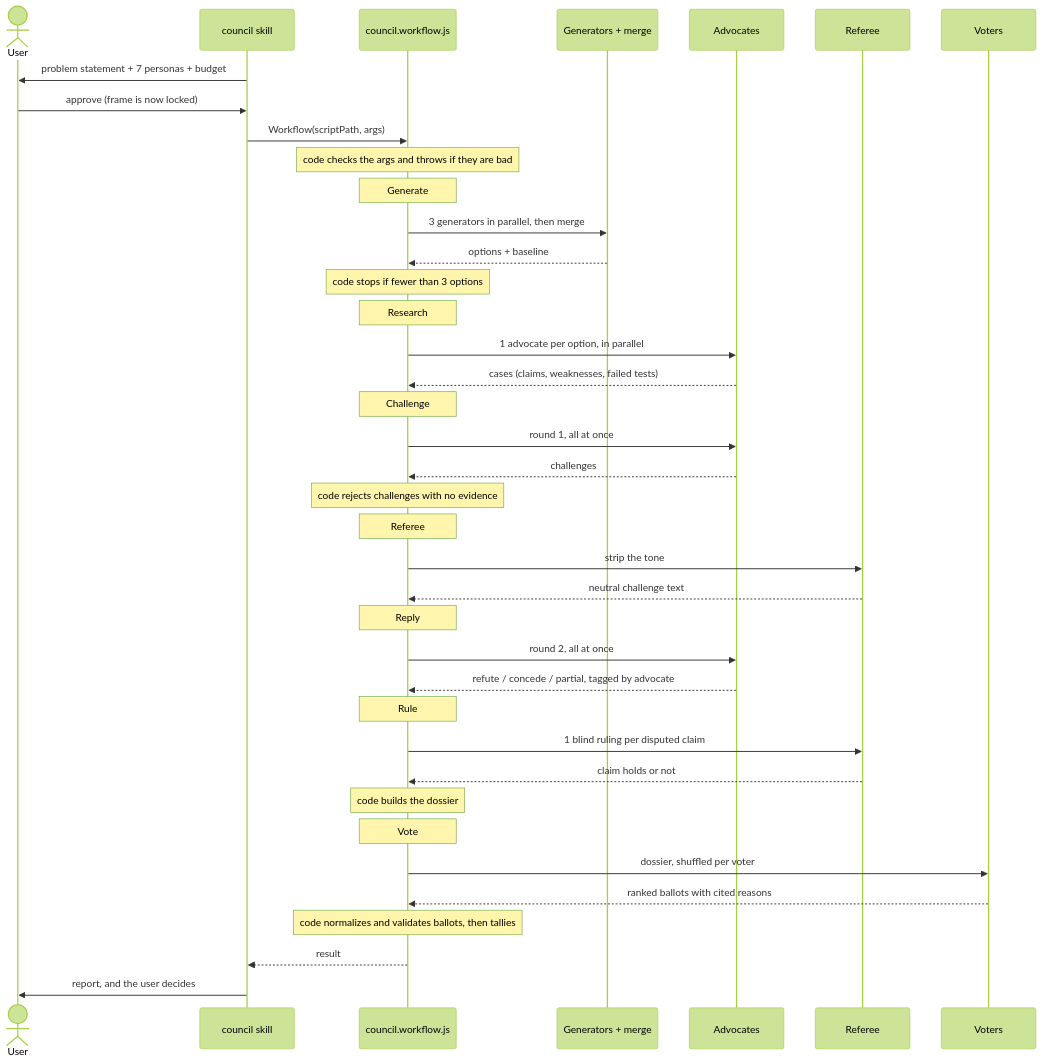
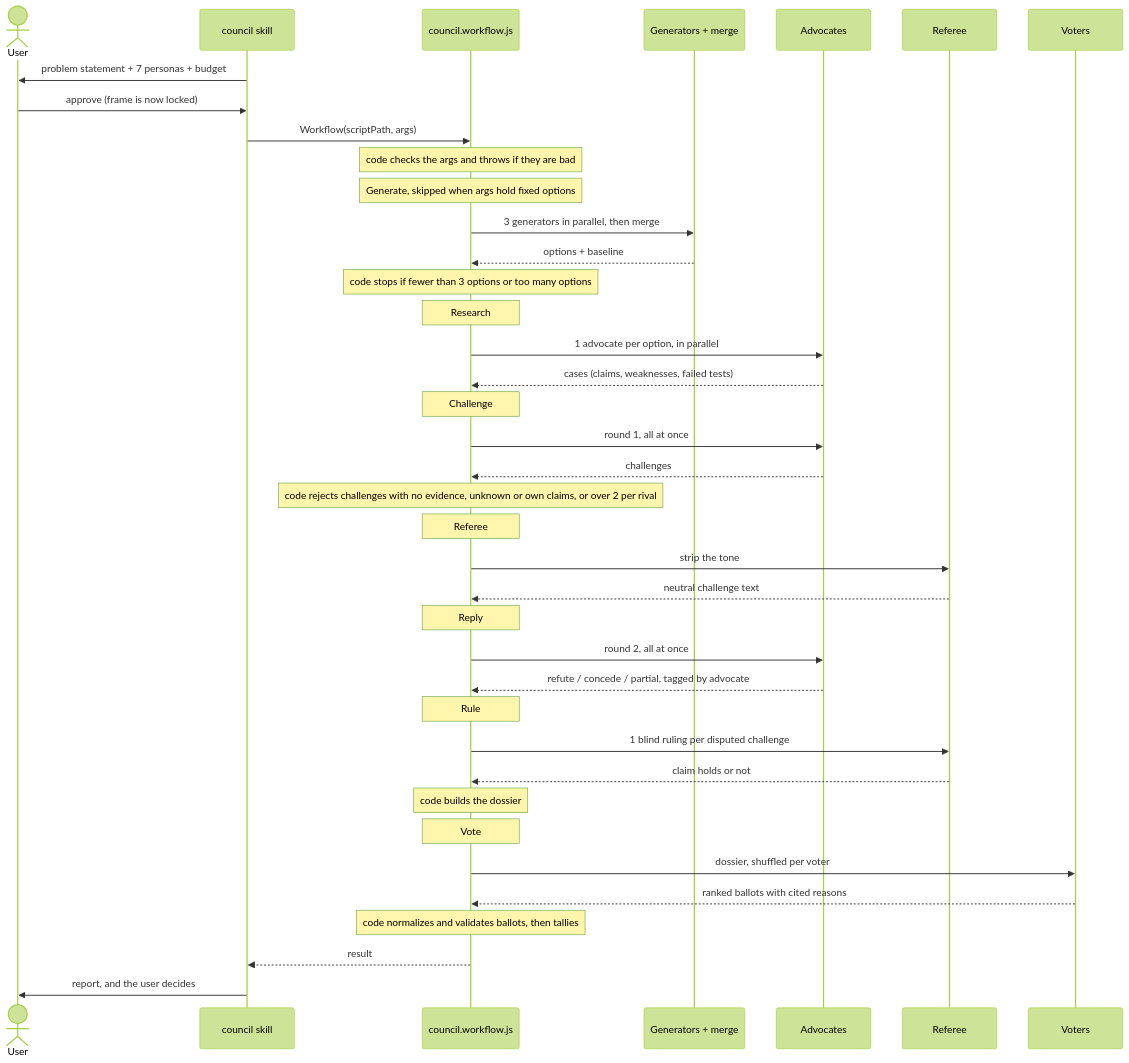
Before and after one commit to mattbran87/council-mode: the second of 3 diagrams in docs/architecture.md, drawn with Mermaid (forest theme). The commit also changed other lines of this file, not shown here.

Commit message:
docs: tighten architecture doc against the code

````diff
--- a/docs/architecture.md
+++ b/docs/architecture.md
@@ -42,41 +42,41 @@
 ```mermaid
 sequenceDiagram
   actor U as User
   participant S as council skill
   participant W as council.workflow.js
   participant G as Generators + merge
   participant A as Advocates
   participant R as Referee
   participant V as Voters
   S->>U: problem statement + 7 personas + budget
   U->>S: approve (frame is now locked)
   S->>W: Workflow(scriptPath, args)
   Note over W: code checks the args and throws if they are bad
-  Note over W: Generate
+  Note over W: Generate, skipped when args hold fixed options
   W->>G: 3 generators in parallel, then merge
   G-->>W: options + baseline
-  Note over W: code stops if fewer than 3 options
+  Note over W: code stops if fewer than 3 options or too many options
   Note over W: Research
   W->>A: 1 advocate per option, in parallel
   A-->>W: cases (claims, weaknesses, failed tests)
   Note over W: Challenge
   W->>A: round 1, all at once
   A-->>W: challenges
-  Note over W: code rejects challenges with no evidence
+  Note over W: code rejects challenges with no evidence, unknown or own claims, or over 2 per rival
   Note over W: Referee
   W->>R: strip the tone
   R-->>W: neutral challenge text
   Note over W: Reply
   W->>A: round 2, all at once
   A-->>W: refute / concede / partial, tagged by advocate
   Note over W: Rule
-  W->>R: 1 blind ruling per disputed claim
+  W->>R: 1 blind ruling per disputed challenge
   R-->>W: claim holds or not
   Note over W: code builds the dossier
   Note over W: Vote
   W->>V: dossier, shuffled per voter
   V-->>W: ranked ballots with cited reasons
   Note over W: code normalizes and validates ballots, then tallies
   W-->>S: result
   S->>U: report, and the user decides
 ```
````
